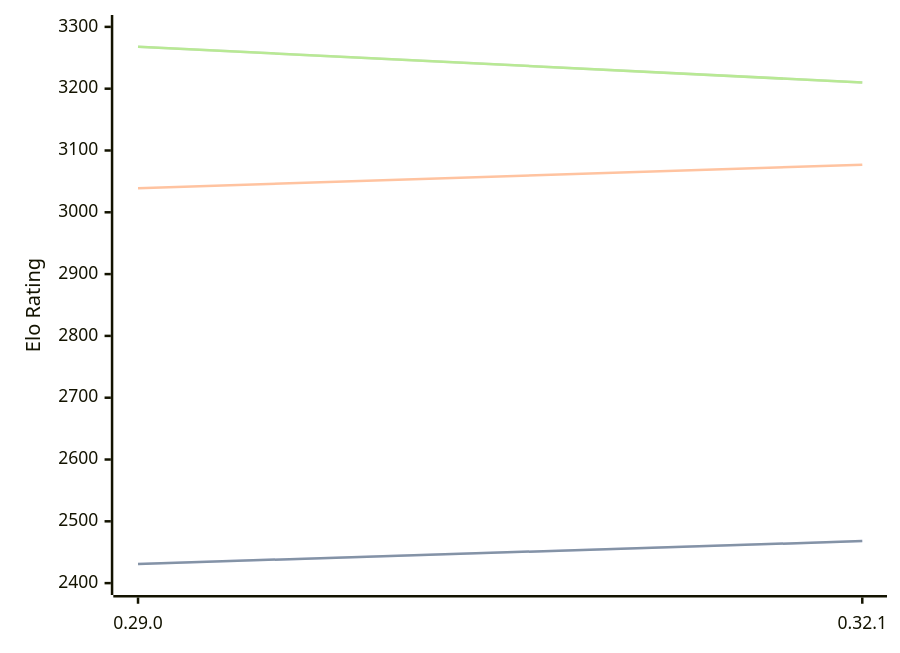
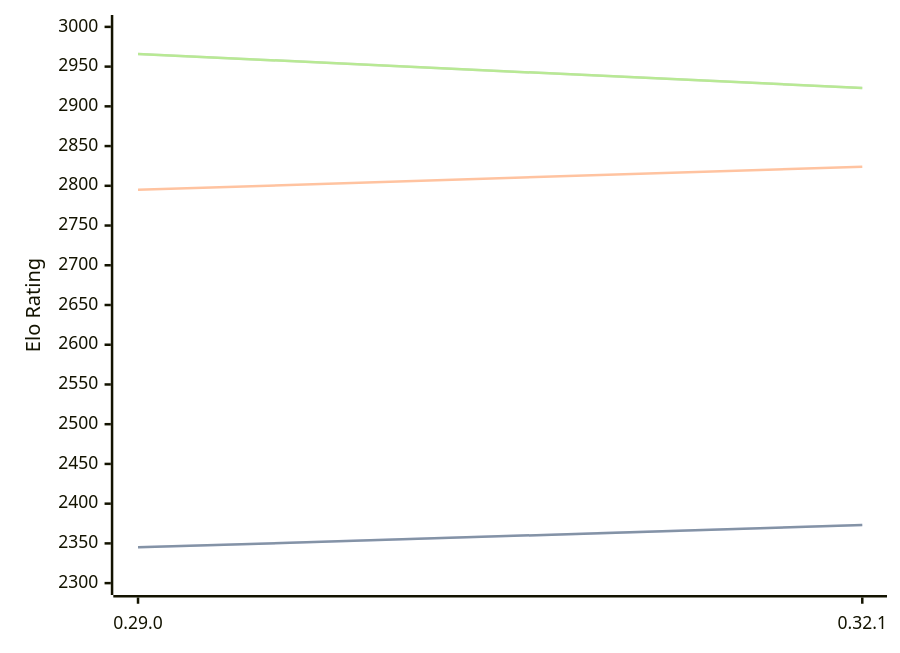
One commit to computer-chess-index/cci changed the diagram in engines/Lc0.md. Above: the diagram before and after it, drawn with Mermaid. The commit also changed other lines of this file, not shown here.

Commit message:
Update CCI Ratings (ELO VLTC) - 2026-02-23

````diff
--- a/engines/Lc0.md
+++ b/engines/Lc0.md
@@ -65,11 +65,11 @@
 ```mermaid
 %%{init: {"theme":"base","themeVariables":{"seriesColors:['#a3a3a3','#222221','#faa371']}}}%%
 xychart-beta
   x-axis ["0.29.0", "0.32.1"]
-  y-axis "Elo Rating" 2400 --> 3300
-  line "STC (8.0+0.08s)" [2431, 2468]
-  line "STC (8.0+0.08s)" [2431, 2468]
-  line "LTC (60.0+0.60s)" [3039, 3077]
-  line "VLTC (2m24s+1.12s)" [3268, 3210]
-  line "VLTC (2m24s+1.12s)" [3268, 3210]
+  y-axis "Elo Rating" 2300 --> 3000
+  line "STC (8.0+0.08s)" [2345, 2373]
+  line "STC (8.0+0.08s)" [2345, 2373]
+  line "LTC (60.0+0.60s)" [2795, 2824]
+  line "VLTC (2m24s+1.12s)" [2966, 2923]
+  line "VLTC (2m24s+1.12s)" [2966, 2923]
 ```
````
